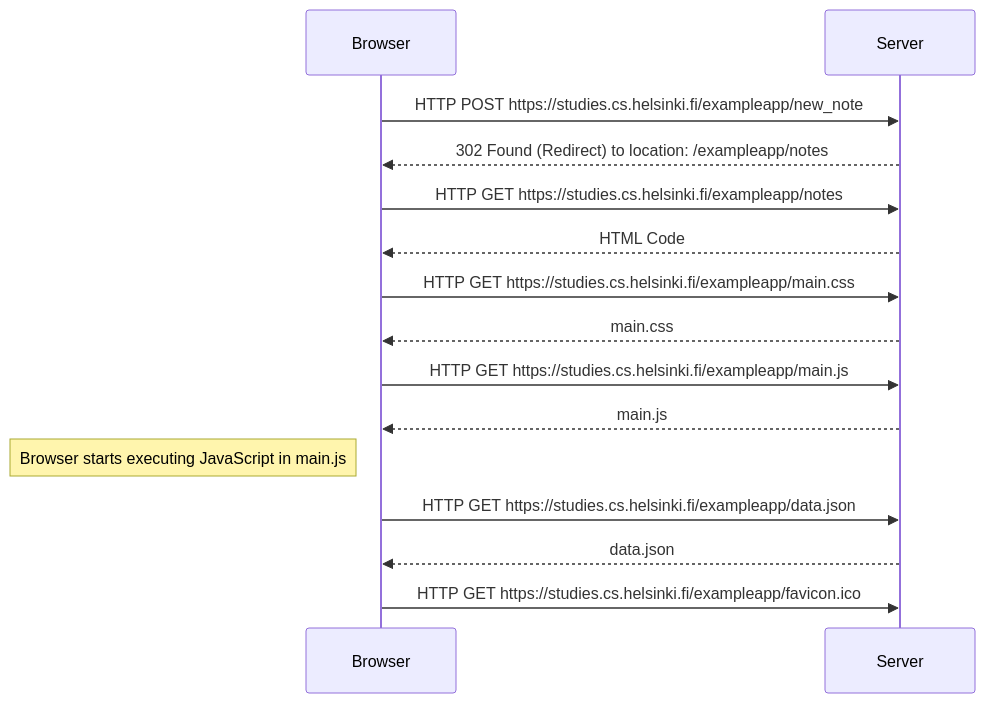
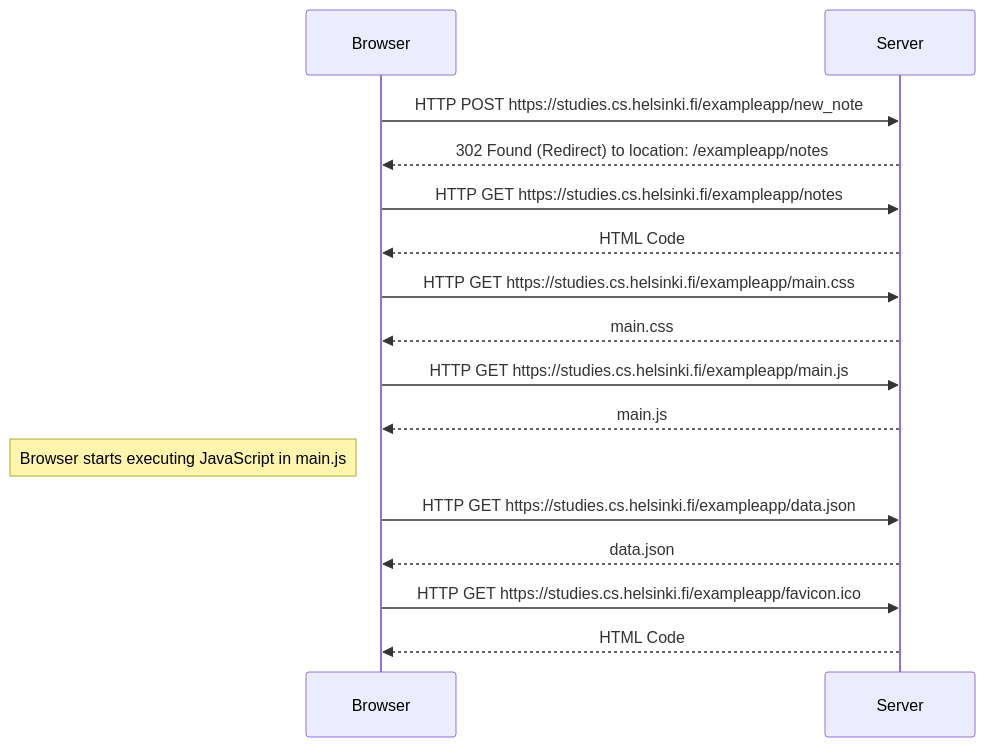
One commit to detonationbox0/full-stack-open-2022 changed the diagram in part0/newnote/README.md. Above: the diagram before and after it, drawn with Mermaid. The commit also changed 1 other file, not shown here.

Commit message:
favicon.ico response

````diff
--- a/part0/newnote/README.md
+++ b/part0/newnote/README.md
@@ -1,17 +1,18 @@
 ```mermaid
 sequenceDiagram
     participant Browser
     participant Server
     Browser->>Server: HTTP POST https://studies.cs.helsinki.fi/exampleapp/new_note
     Server-->>Browser: 302 Found (Redirect) to location: /exampleapp/notes
     Browser->>Server: HTTP GET https://studies.cs.helsinki.fi/exampleapp/notes
     Server-->>Browser: HTML Code
     Browser->>Server: HTTP GET https://studies.cs.helsinki.fi/exampleapp/main.css
     Server-->>Browser: main.css
     Browser->>Server: HTTP GET https://studies.cs.helsinki.fi/exampleapp/main.js
     Server-->>Browser: main.js
     Note left of Browser: Browser starts executing JavaScript in main.js
     Browser->>Server: HTTP GET https://studies.cs.helsinki.fi/exampleapp/data.json
     Server-->>Browser: data.json
     Browser->>Server: HTTP GET https://studies.cs.helsinki.fi/exampleapp/favicon.ico
+    Server-->>Browser: HTML Code
 ```
````
